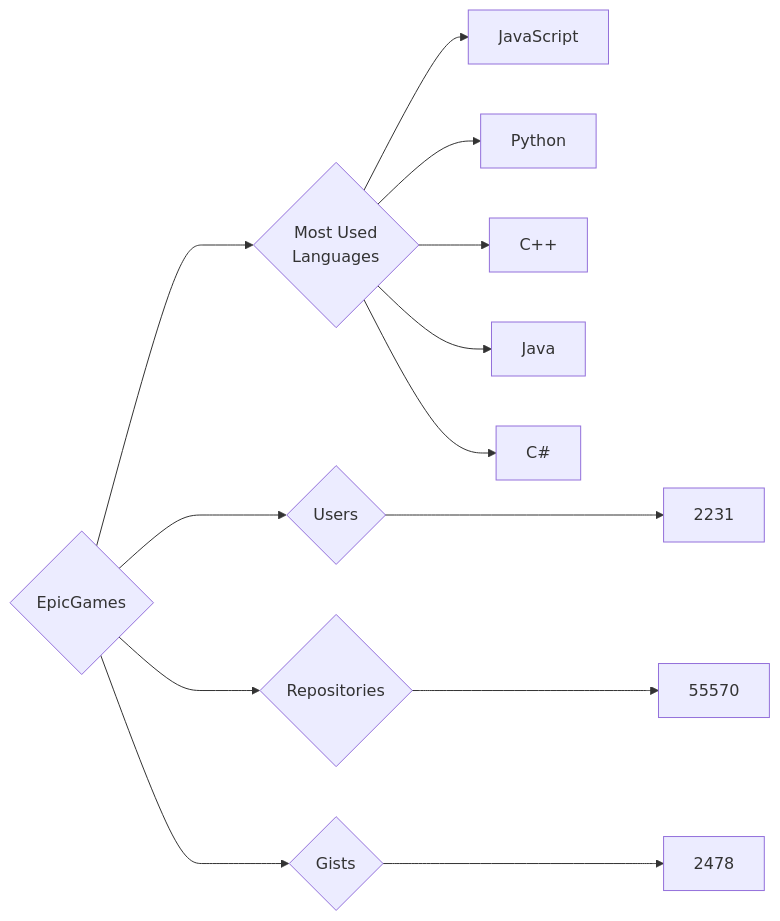
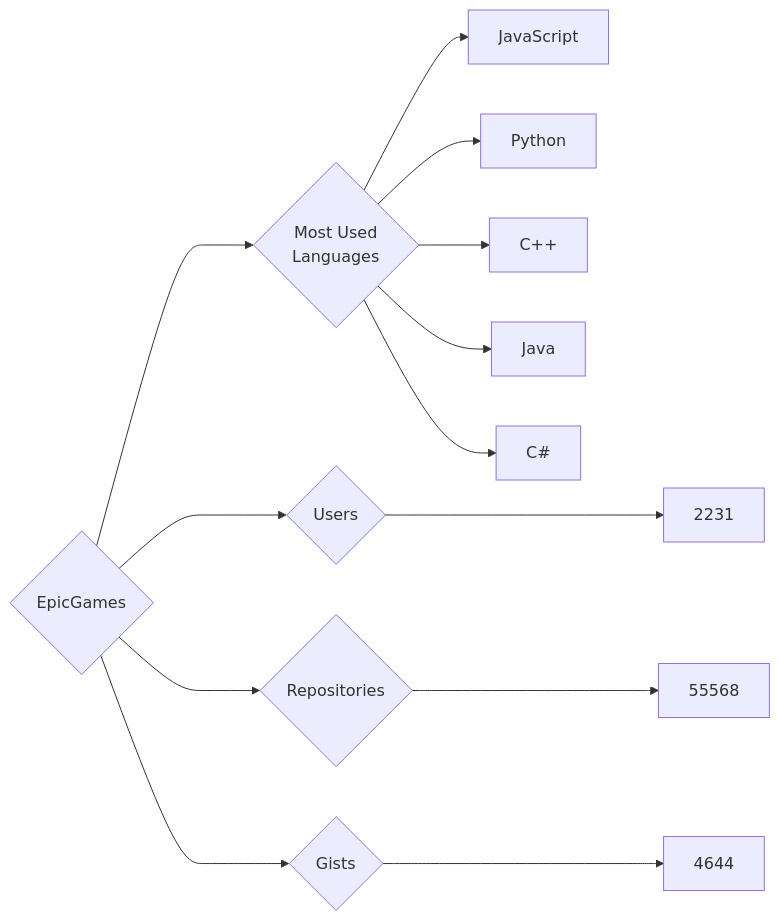
Before and after one commit to trickest/insiders: the diagram in targets/EpicGames/README.md, drawn with Mermaid. The commit also changed 953 other files, not shown here.

````diff
--- a/targets/EpicGames/README.md
+++ b/targets/EpicGames/README.md
@@ -3,13 +3,13 @@
 ```mermaid
 graph LR
 COMPANY_NAME{EpicGames}
 COMPANY_NAME ---> U{Users} ---> UN[2231]
-COMPANY_NAME ---> R{Repositories} ---> RN[55570]
-COMPANY_NAME ---> G{Gists} ---> GN[2478]
+COMPANY_NAME ---> R{Repositories} ---> RN[55568]
+COMPANY_NAME ---> G{Gists} ---> GN[4644]
 COMPANY_NAME ---> ML{Most Used<br>Languages}
 ML --> JavaScript[JavaScript]
 ML --> Python[Python]
 ML --> C++[C++]
 ML --> Java[Java]
 ML --> C#[C#]
 ```
````
